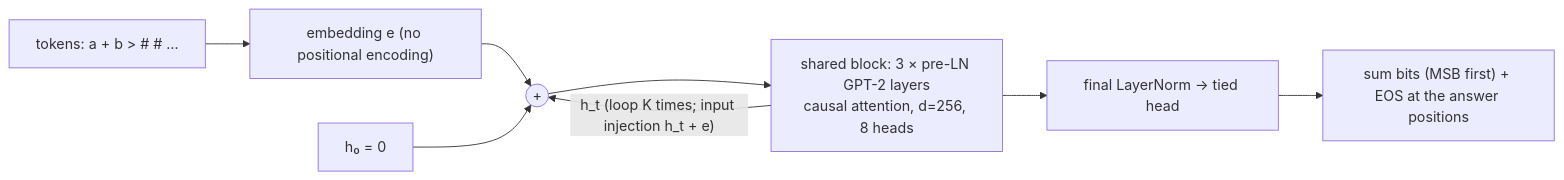
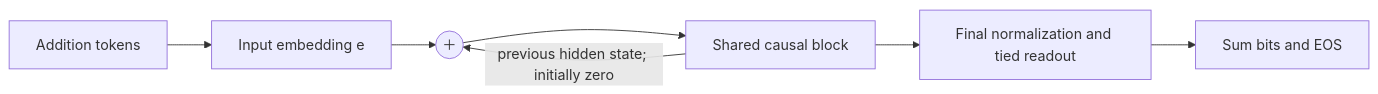
The diagram in README.md (BurnyCoder/hessian-training-for-looped-transformers), drawn with Mermaid before and after one commit. The commit also changed other lines of this file and 17 other files, not shown here.

````diff
--- a/README.md
+++ b/README.md
@@ -54,10 +36,9 @@
 ```mermaid
 flowchart LR
-    X["tokens: a + b > # # …"] --> E["embedding e (no positional encoding)"]
-    E --> ADD(("+"))
-    H0["h₀ = 0"] --> ADD
-    ADD --> B["shared block: 3 × pre-LN GPT-2 layers<br/>causal attention, d=256, 8 heads"]
-    B -->|"h_t (loop K times; input injection h_t + e)"| ADD
-    B --> LN["final LayerNorm → tied head"]
-    LN --> Y["sum bits (MSB first) + EOS at the answer positions"]
+    X["Addition tokens"] --> E["Input embedding e"]
+    E --> A(("＋"))
+    A --> B["Shared causal block"]
+    B -->|"previous hidden state; initially zero"| A
+    B --> O["Final normalization and tied readout"]
+    O --> Y["Sum bits and EOS"]
 ```
````
